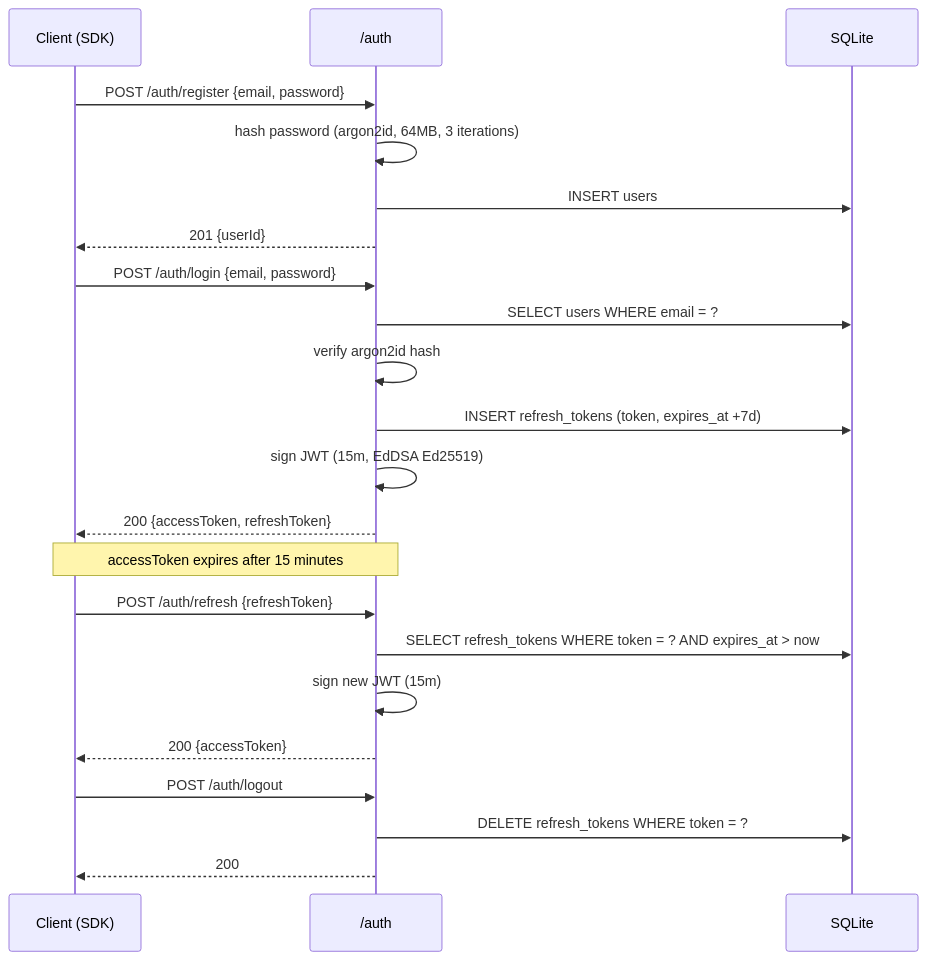
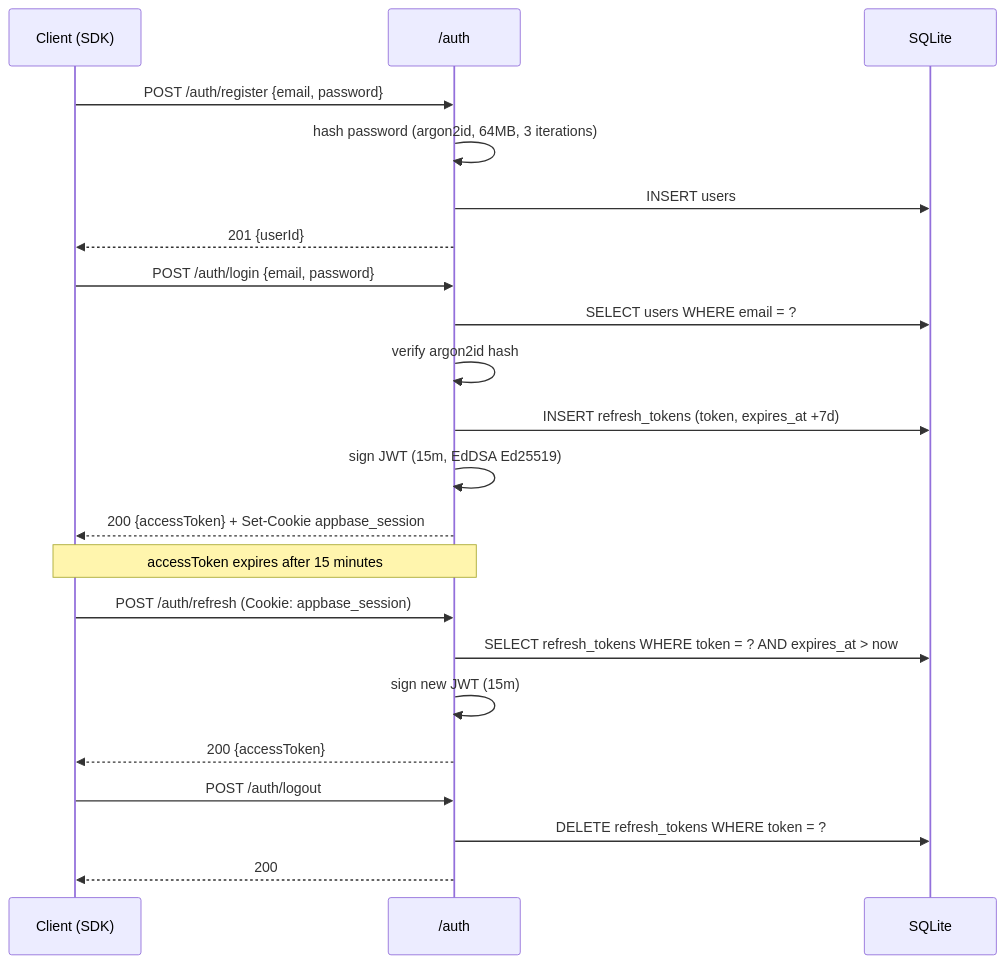
One commit to NabilMouzouna/PFE-project changed the third of 6 diagrams in docs/ARCHITECTURE.md. Above: the diagram before and after it, drawn with Mermaid. The commit also changed 29 other files, not shown here.

````diff
--- a/docs/ARCHITECTURE.md
+++ b/docs/ARCHITECTURE.md
@@ -144,28 +144,28 @@
 ```mermaid
 sequenceDiagram
     participant C as Client (SDK)
     participant A as /auth
     participant DB as SQLite
 
     C->>A: POST /auth/register {email, password}
     A->>A: hash password (argon2id, 64MB, 3 iterations)
     A->>DB: INSERT users
     A-->>C: 201 {userId}
 
     C->>A: POST /auth/login {email, password}
     A->>DB: SELECT users WHERE email = ?
     A->>A: verify argon2id hash
     A->>DB: INSERT refresh_tokens (token, expires_at +7d)
     A->>A: sign JWT (15m, EdDSA Ed25519)
-    A-->>C: 200 {accessToken, refreshToken}
+    A-->>C: 200 {accessToken} + Set-Cookie appbase_session
 
     Note over C,A: accessToken expires after 15 minutes
-    C->>A: POST /auth/refresh {refreshToken}
+    C->>A: POST /auth/refresh (Cookie: appbase_session)
     A->>DB: SELECT refresh_tokens WHERE token = ? AND expires_at > now
     A->>A: sign new JWT (15m)
     A-->>C: 200 {accessToken}
 
     C->>A: POST /auth/logout
     A->>DB: DELETE refresh_tokens WHERE token = ?
     A-->>C: 200
 ```
````
